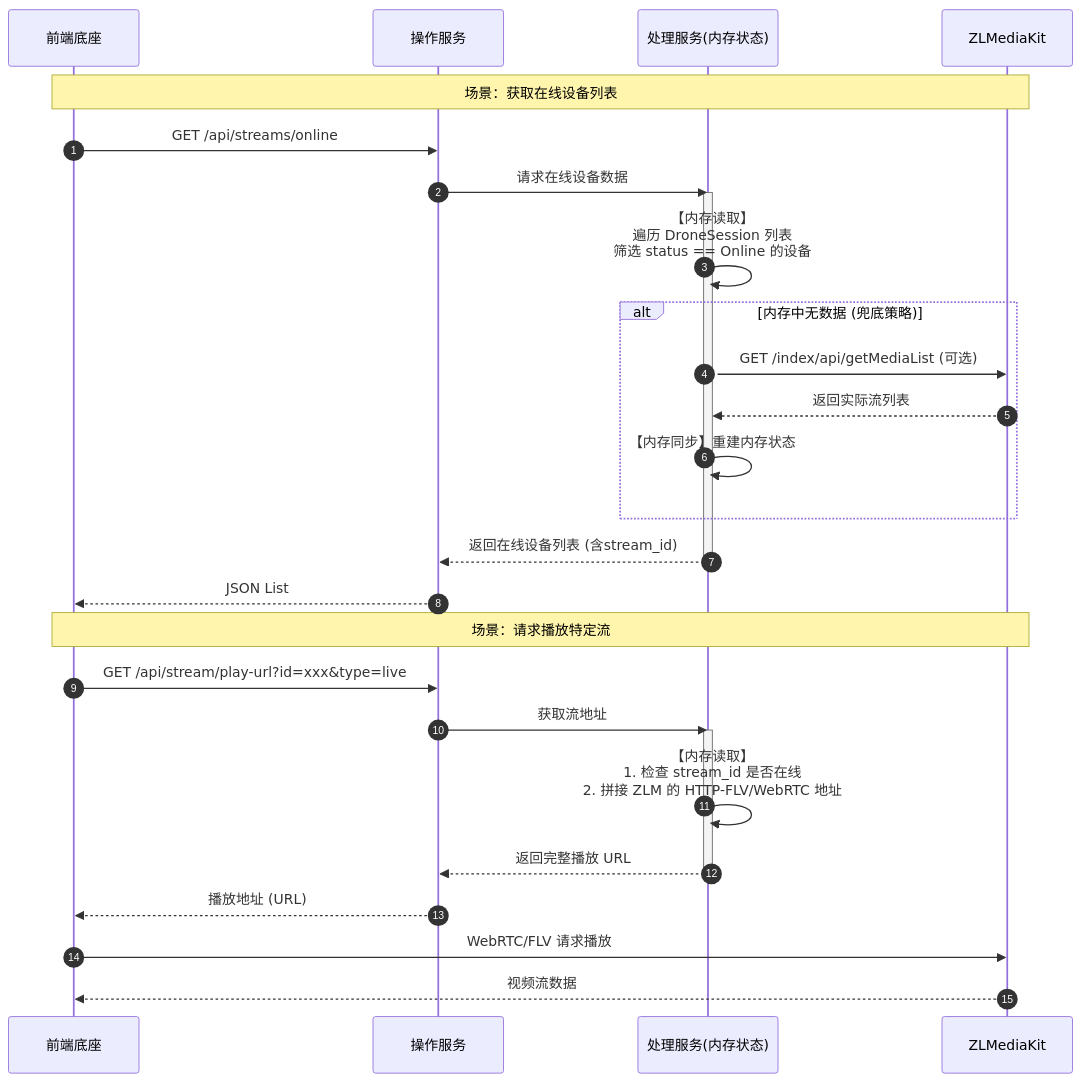
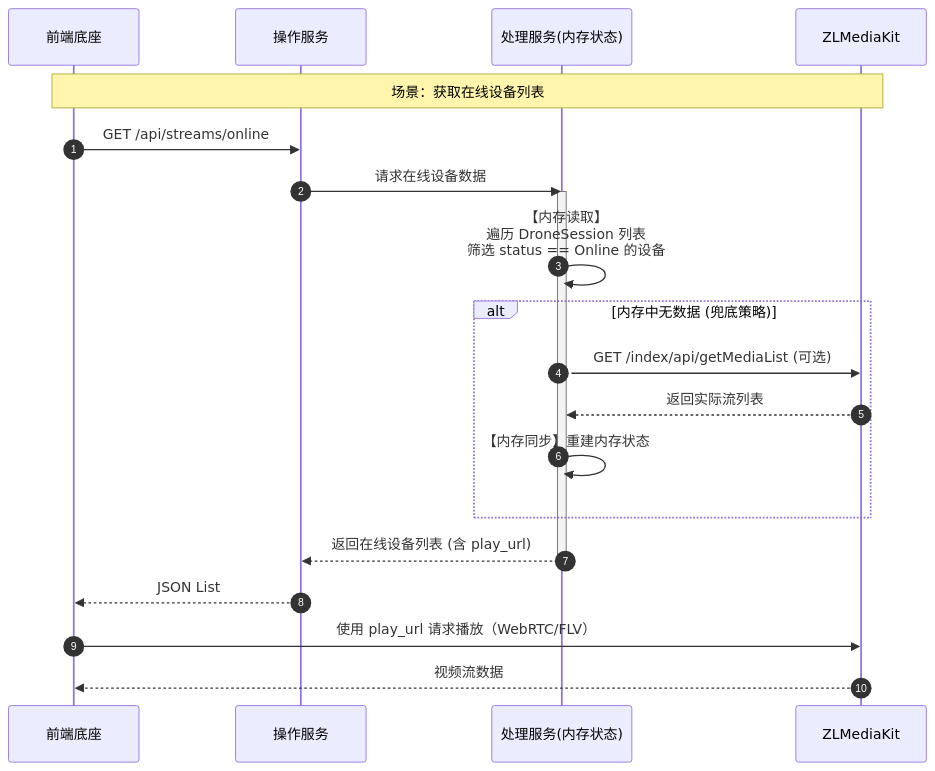
The second of 4 diagrams in docs/plan.md (CHZarles/uav-media-info), drawn with Mermaid before and after one commit. The commit also changed other lines of this file and 3 other files, not shown here.

Commit message:
chore: disable play-url endpoint

````diff
--- a/docs/plan.md
+++ b/docs/plan.md
@@ -126,34 +125,25 @@
 ```mermaid
 sequenceDiagram
     autonumber
     participant Frontend as 前端底座
     participant Operation as 操作服务
     participant Process as 处理服务(内存状态)
     participant ZLM as ZLMediaKit
 
     Note over Frontend, ZLM: 场景：获取在线设备列表
     Frontend->>Operation: GET /api/streams/online
     Operation->>Process: 请求在线设备数据
     activate Process
     Process->>Process: 【内存读取】<br/>遍历 DroneSession 列表<br/>筛选 status == Online 的设备
     alt 内存中无数据 (兜底策略)
         Process->>ZLM: GET /index/api/getMediaList (可选)
         ZLM-->>Process: 返回实际流列表
         Process->>Process: 【内存同步】重建内存状态
     end
-    Process-->>Operation: 返回在线设备列表 (含stream_id)
+    Process-->>Operation: 返回在线设备列表 (含 play_url)
     deactivate Process
     Operation-->>Frontend: JSON List
-
-    Note over Frontend, ZLM: 场景：请求播放特定流
-    Frontend->>Operation: GET /api/stream/play-url?id=xxx&type=live
-    Operation->>Process: 获取流地址
-    activate Process
-    Process->>Process: 【内存读取】<br/>1. 检查 stream_id 是否在线<br/>2. 拼接 ZLM 的 HTTP-FLV/WebRTC 地址
-    Process-->>Operation: 返回完整播放 URL
-    deactivate Process
-    Operation-->>Frontend: 播放地址 (URL)
     
-    Frontend->>ZLM: WebRTC/FLV 请求播放
+    Frontend->>ZLM: 使用 play_url 请求播放（WebRTC/FLV）
     ZLM-->>Frontend: 视频流数据
 ```
````
